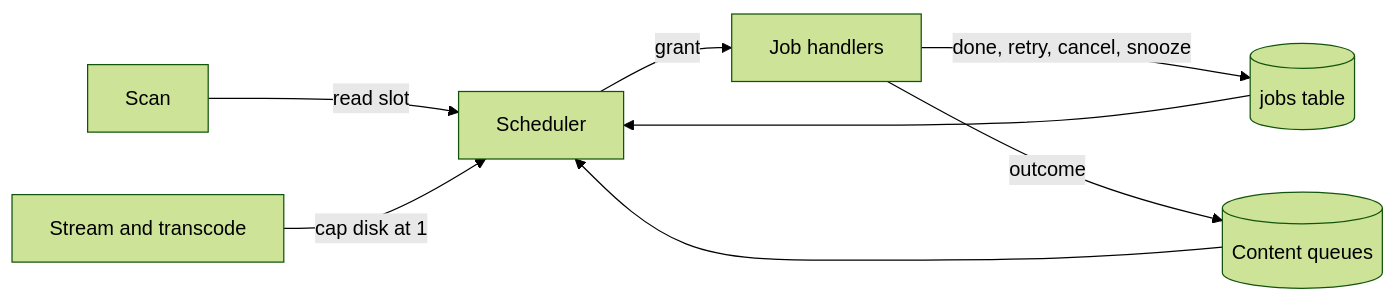
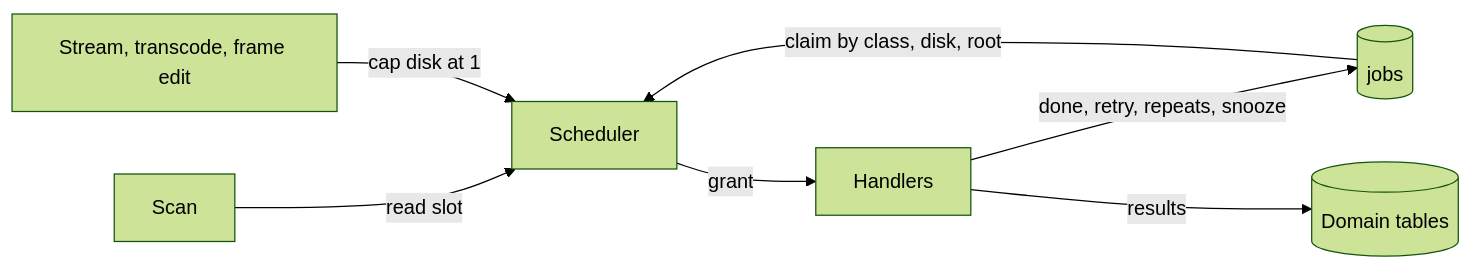
Before and after one commit to syudead/vv: the first of 2 diagrams in specs/068-media-scheduler/plan.md, drawn with Mermaid (forest theme). The commit also changed other lines of this file and 3 other files, not shown here.

First line of the commit message:
docs(068): rebuild the scheduler plan on one job table

````diff
--- a/specs/068-media-scheduler/plan.md
+++ b/specs/068-media-scheduler/plan.md
@@ -20,10 +34,9 @@
 ```mermaid
 flowchart LR
   scan[Scan] -->|read slot| sch[Scheduler]
-  play[Stream and transcode] -->|cap disk at 1| sch
-  jobs[(jobs table)] --> sch
-  cq[(Content queues)] --> sch
-  sch -->|grant| run[Job handlers]
-  run -->|done, retry, cancel, snooze| jobs
-  run -->|outcome| cq
+  fg[Stream, transcode, frame edit] -->|cap disk at 1| sch
+  jobs[(jobs)] -->|claim by class, disk, root| sch
+  sch -->|grant| run[Handlers]
+  run -->|done, retry, repeats, snooze| jobs
+  run -->|results| dom[(Domain tables)]
 ```
````
